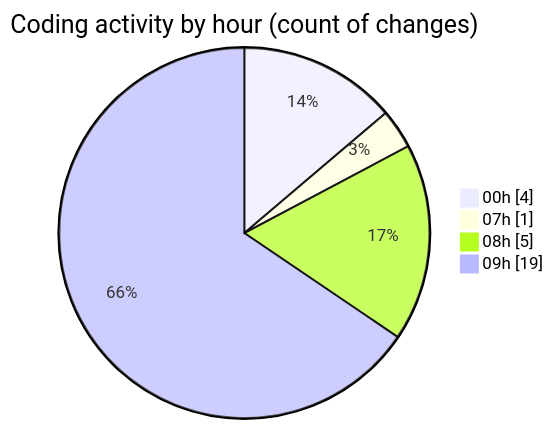
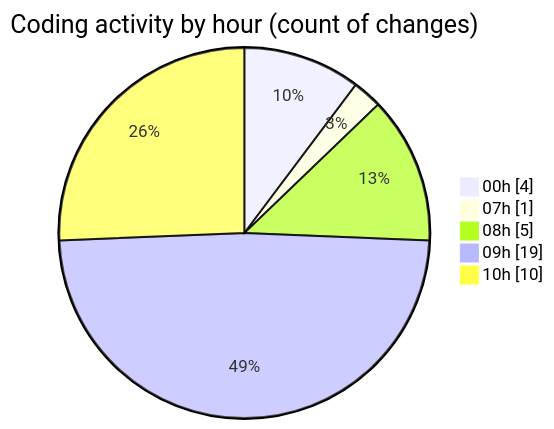
Before and after one commit to Elitesun/code-tracking: the second of 2 diagrams in 2025-05-08/niten/README.md, drawn with Mermaid. The commit also changed other lines of this file and 1 other file, not shown here.

````diff
--- a/2025-05-08/niten/README.md
+++ b/2025-05-08/niten/README.md
@@ -35,8 +41,9 @@
 ```mermaid
 pie showData
 title Coding activity by hour (count of changes)
 "00h" : 4
 "07h" : 1
 "08h" : 5
 "09h" : 19
+"10h" : 10
 ```
````
